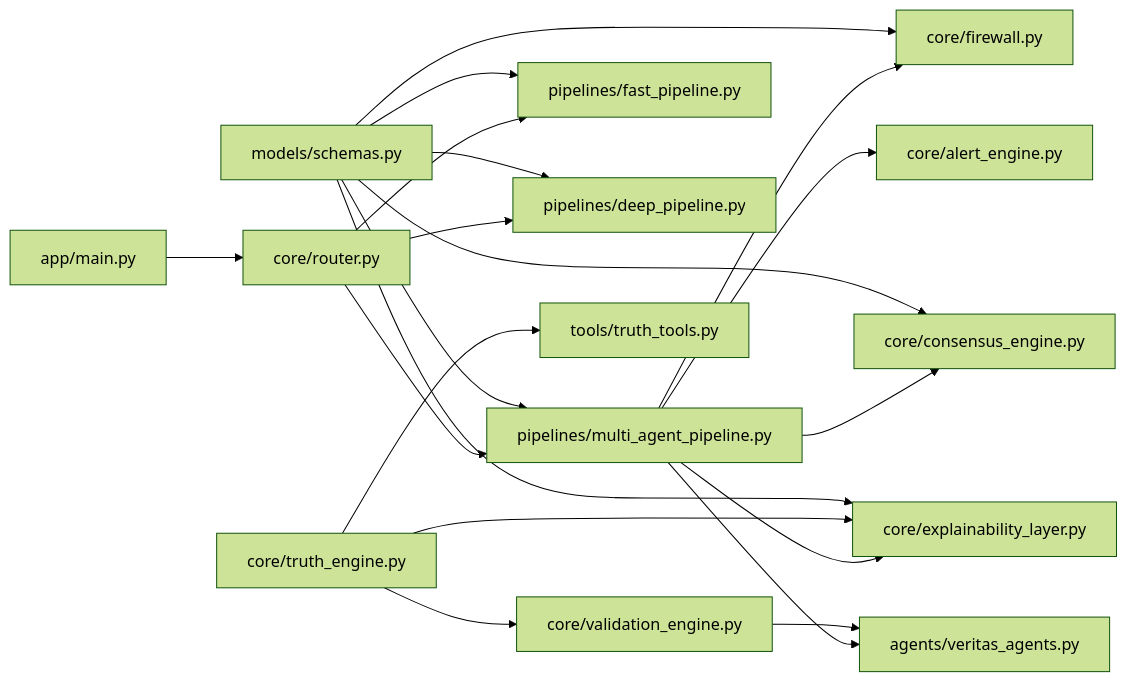
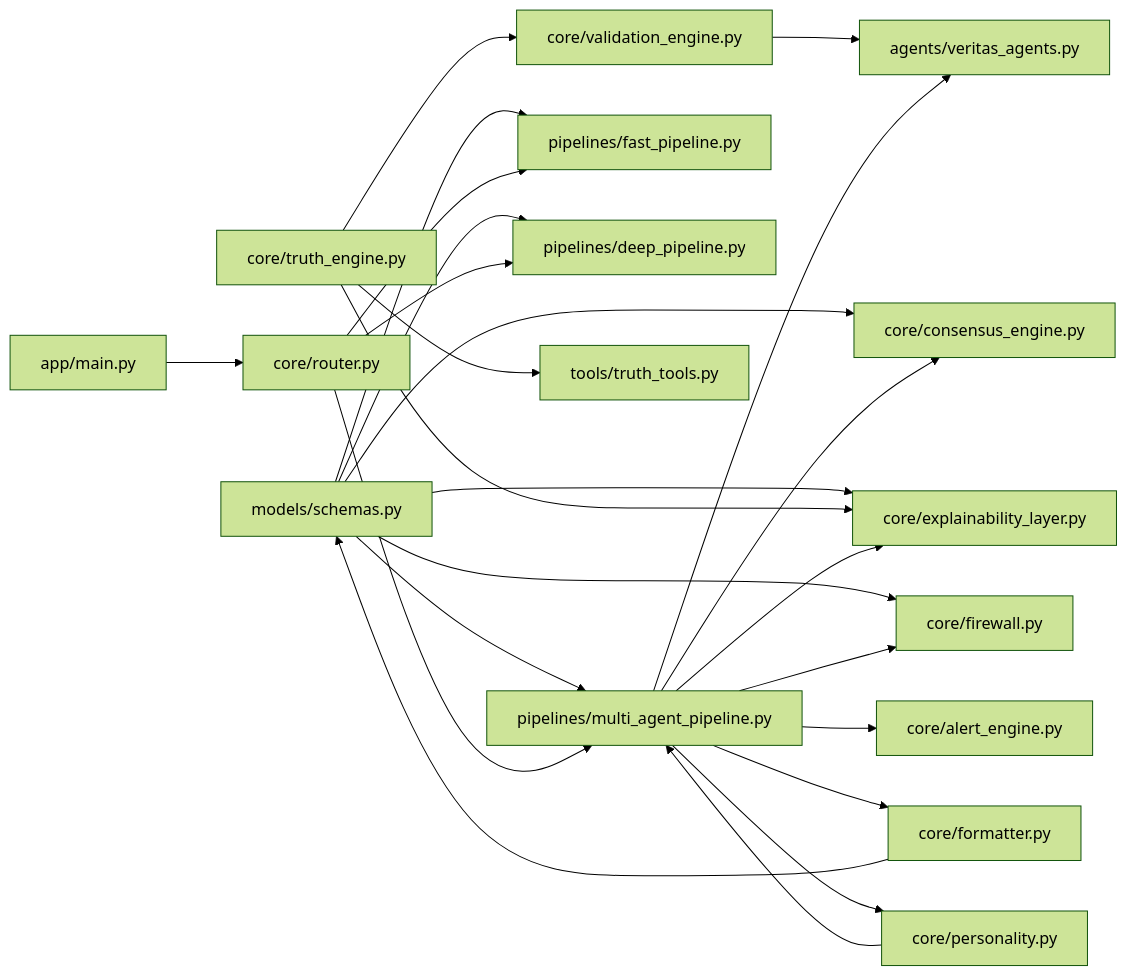
One commit to Anmo07/Friday changed the sixth of 6 diagrams in .qoder/repowiki/en/content/Core Components/Core Components.md. Above: the diagram before and after it, drawn with Mermaid (forest theme). The commit also changed other lines of this file and 931 other files, not shown here.

````diff
--- a/.qoder/repowiki/en/content/Core Components/Core Components.md
+++ b/.qoder/repowiki/en/content/Core Components/Core Components.md
@@ -393,22 +480,26 @@
 ```mermaid
 graph LR
 SCH["models/schemas.py"] --> CE["core/consensus_engine.py"]
 SCH --> EX["core/explainability_layer.py"]
 SCH --> FW["core/firewall.py"]
 SCH --> MAP["pipelines/multi_agent_pipeline.py"]
 SCH --> FAST["pipelines/fast_pipeline.py"]
 SCH --> DEEP["pipelines/deep_pipeline.py"]
 TE["core/truth_engine.py"] --> VE["core/validation_engine.py"]
 TE --> EX
 TE --> TT["tools/truth_tools.py"]
 VE --> VAG["agents/veritas_agents.py"]
 MAP --> VAG
 MAP --> CE
 MAP --> EX
 MAP --> FW
 MAP --> AE["core/alert_engine.py"]
+MAP --> FR["core/formatter.py"]
+MAP --> PP["core/personality.py"]
+FR --> SCH
+PP --> MAP
 ROUTER["core/router.py"] --> FAST
 ROUTER --> DEEP
 ROUTER --> MAP
 MAIN["app/main.py"] --> ROUTER
 ```
````
